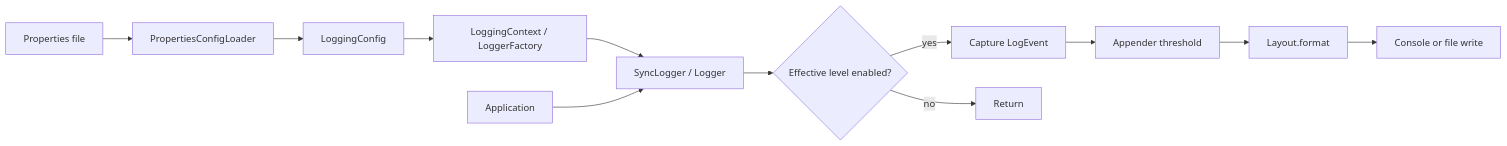
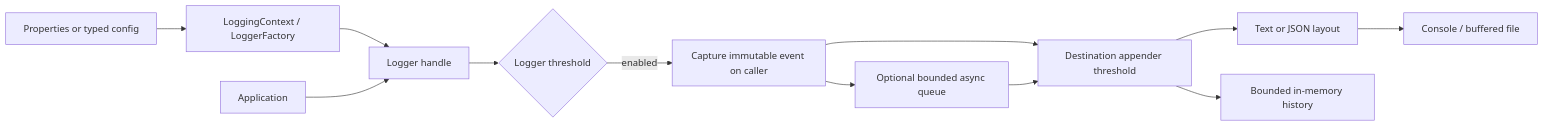
One commit to savi0909/practical-java changed the diagram in src/main/java/logfk/README.md. Above: the diagram before and after it, drawn with Mermaid. The commit also changed other lines of this file and 39 other files, not shown here.

````diff
--- a/src/main/java/logfk/README.md
+++ b/src/main/java/logfk/README.md
@@ -72,14 +85,14 @@
 ```mermaid
 flowchart LR
-    P[Properties file] --> C[PropertiesConfigLoader]
-    C --> CFG[LoggingConfig]
-    CFG --> CTX[LoggingContext / LoggerFactory]
-    CTX --> L[SyncLogger / Logger]
+    C[Properties or typed config] --> F[LoggingContext / LoggerFactory]
+    F --> L[Logger handle]
     APP[Application] --> L
-    L --> CHECK{Effective level enabled?}
-    CHECK -->|yes| E[Capture LogEvent]
-    E --> A[Appender threshold]
-    A --> F[Layout.format]
-    F --> OUT[Console or file write]
-    CHECK -->|no| DROP[Return]
+    L --> LEVEL{Logger threshold}
+    LEVEL -->|enabled| E[Capture immutable event on caller]
+    E --> Q[Optional bounded async queue]
+    E --> A[Destination appender threshold]
+    Q --> A
+    A --> FORMAT[Text or JSON layout]
+    FORMAT --> OUT[Console / buffered file]
+    A --> MEM[Bounded in-memory history]
 ```
````
